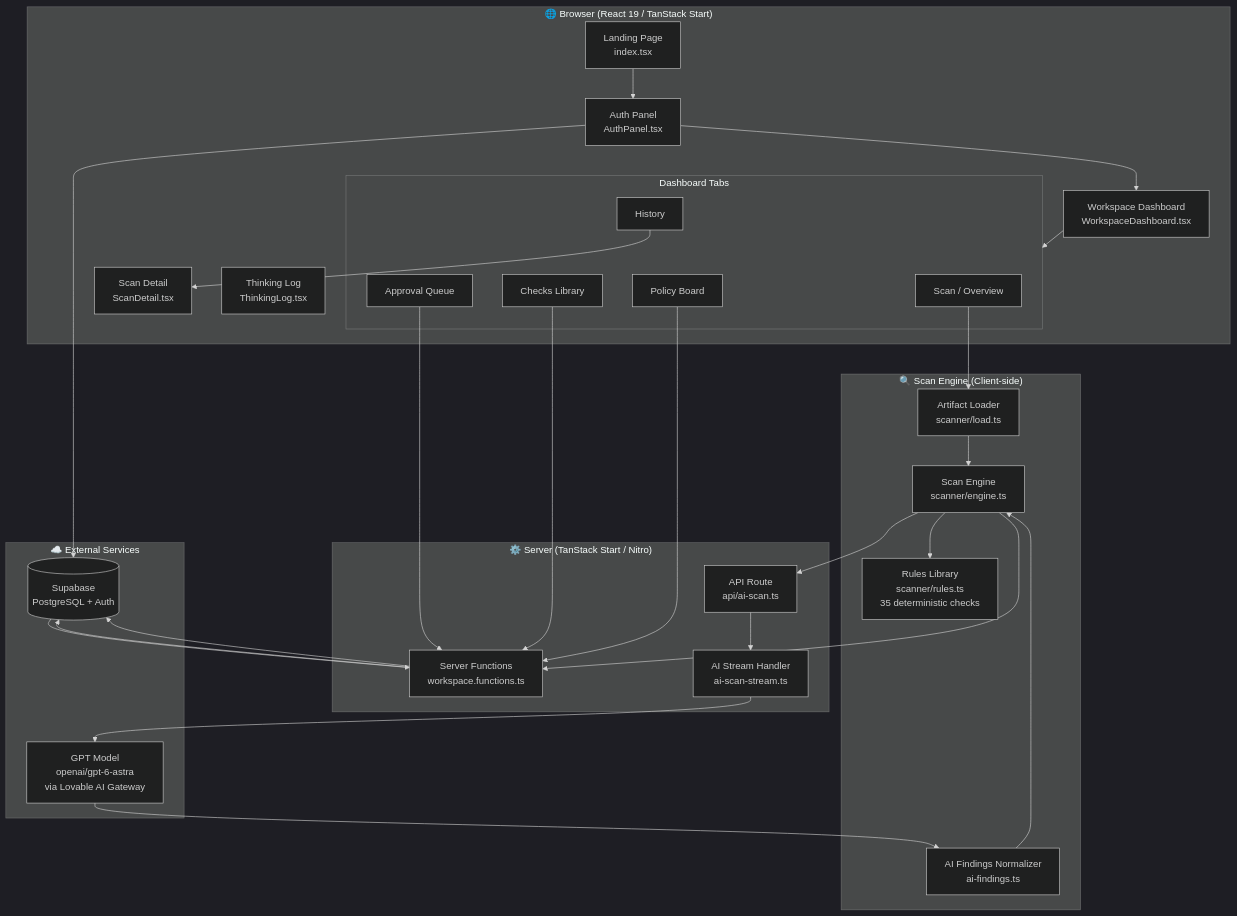
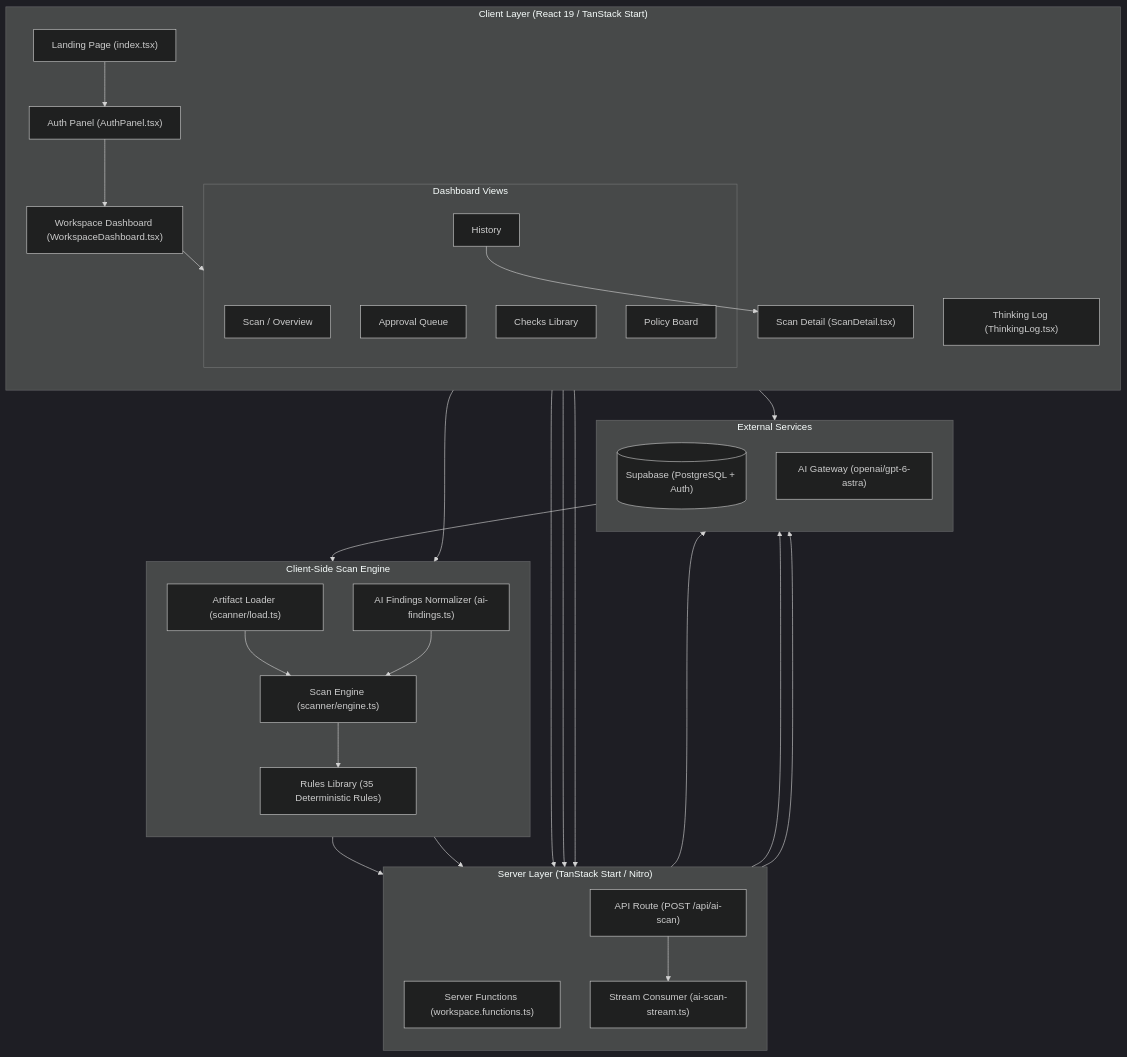
One commit to ritvikindupuri/Lume---Skill-detection changed the diagram in README.md. Above: the diagram before and after it, drawn with Mermaid (dark theme). The commit also changed other lines of this file and 1 other file, not shown here.

Commit message:
docs: remove all emojis and update architecture diagrams to robust flowchart syntax

````diff
--- a/README.md
+++ b/README.md
@@ -30,58 +30,61 @@
 ```mermaid
-graph TB
-    subgraph Browser["🌐 Browser (React 19 / TanStack Start)"]
-        LP[Landing Page<br/>index.tsx]
-        AUTH[Auth Panel<br/>AuthPanel.tsx]
-        DASH[Workspace Dashboard<br/>WorkspaceDashboard.tsx]
+flowchart TB
+    subgraph Browser["Client Layer (React 19 / TanStack Start)"]
+        direction TB
+        LP["Landing Page (index.tsx)"]
+        AUTH["Auth Panel (AuthPanel.tsx)"]
+        DASH["Workspace Dashboard (WorkspaceDashboard.tsx)"]
 
-        subgraph Tabs["Dashboard Tabs"]
-            OV[Scan / Overview]
-            HIST[History]
-            AQ[Approval Queue]
-            CK[Checks Library]
-            PB[Policy Board]
+        subgraph Tabs["Dashboard Views"]
+            OV["Scan / Overview"]
+            HIST["History"]
+            AQ["Approval Queue"]
+            CK["Checks Library"]
+            PB["Policy Board"]
         end
 
-        SD[Scan Detail<br/>ScanDetail.tsx]
-        TL[Thinking Log<br/>ThinkingLog.tsx]
+        SD["Scan Detail (ScanDetail.tsx)"]
+        TL["Thinking Log (ThinkingLog.tsx)"]
     end
 
-    subgraph Server["⚙️ Server (TanStack Start / Nitro)"]
-        SF[Server Functions<br/>workspace.functions.ts]
-        AISCAN[API Route<br/>api/ai-scan.ts]
-        STREAM[AI Stream Handler<br/>ai-scan-stream.ts]
+    subgraph ScanEngine["Client-Side Scan Engine"]
+        direction TB
+        LOAD["Artifact Loader (scanner/load.ts)"]
+        ENGINE["Scan Engine (scanner/engine.ts)"]
+        RULES["Rules Library (35 Deterministic Rules)"]
+        AIFIND["AI Findings Normalizer (ai-findings.ts)"]
     end
 
-    subgraph ScanEngine["🔍 Scan Engine (Client-side)"]
-        LOAD[Artifact Loader<br/>scanner/load.ts]
-        ENGINE[Scan Engine<br/>scanner/engine.ts]
-        RULES[Rules Library<br/>scanner/rules.ts<br/>35 deterministic checks]
-        AIFIND[AI Findings Normalizer<br/>ai-findings.ts]
+    subgraph Server["Server Layer (TanStack Start / Nitro)"]
+        direction TB
+        SF["Server Functions (workspace.functions.ts)"]
+        AISCAN["API Route (POST /api/ai-scan)"]
+        STREAM["Stream Consumer (ai-scan-stream.ts)"]
     end
 
-    subgraph External["☁️ External Services"]
-        SB[(Supabase<br/>PostgreSQL + Auth)]
-        GPT[GPT Model<br/>openai/gpt-6-astra<br/>via Lovable AI Gateway]
+    subgraph External["External Services"]
+        direction TB
+        SB[("Supabase (PostgreSQL + Auth)")]
+        GPT["AI Gateway (openai/gpt-6-astra)"]
     end
 
     LP --> AUTH
     AUTH --> SB
     AUTH --> DASH
     DASH --> Tabs
     OV --> LOAD
     LOAD --> ENGINE
     ENGINE --> RULES
     ENGINE --> AISCAN
     AISCAN --> STREAM
     STREAM --> GPT
     GPT --> AIFIND
     AIFIND --> ENGINE
     ENGINE --> SF
     SF --> SB
     HIST --> SD
     AQ --> SF
     CK --> SF
     PB --> SF
     SF --> SB
-    SB --> SF
 ```
````
